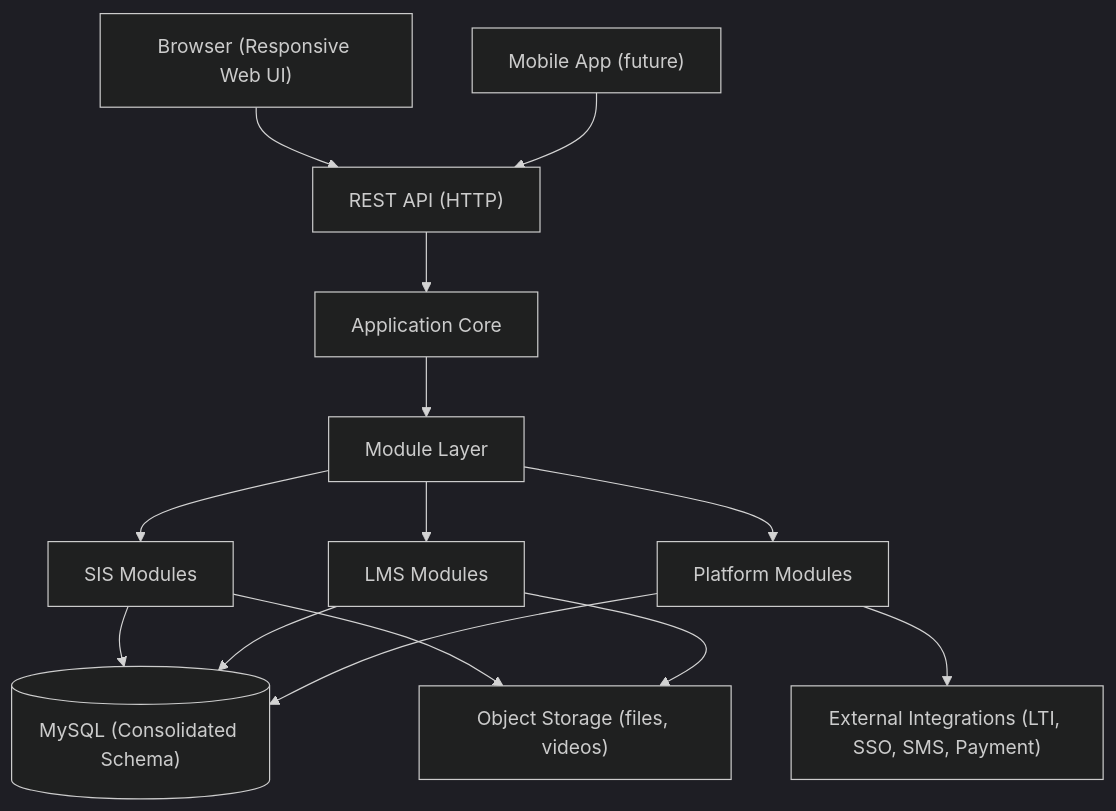
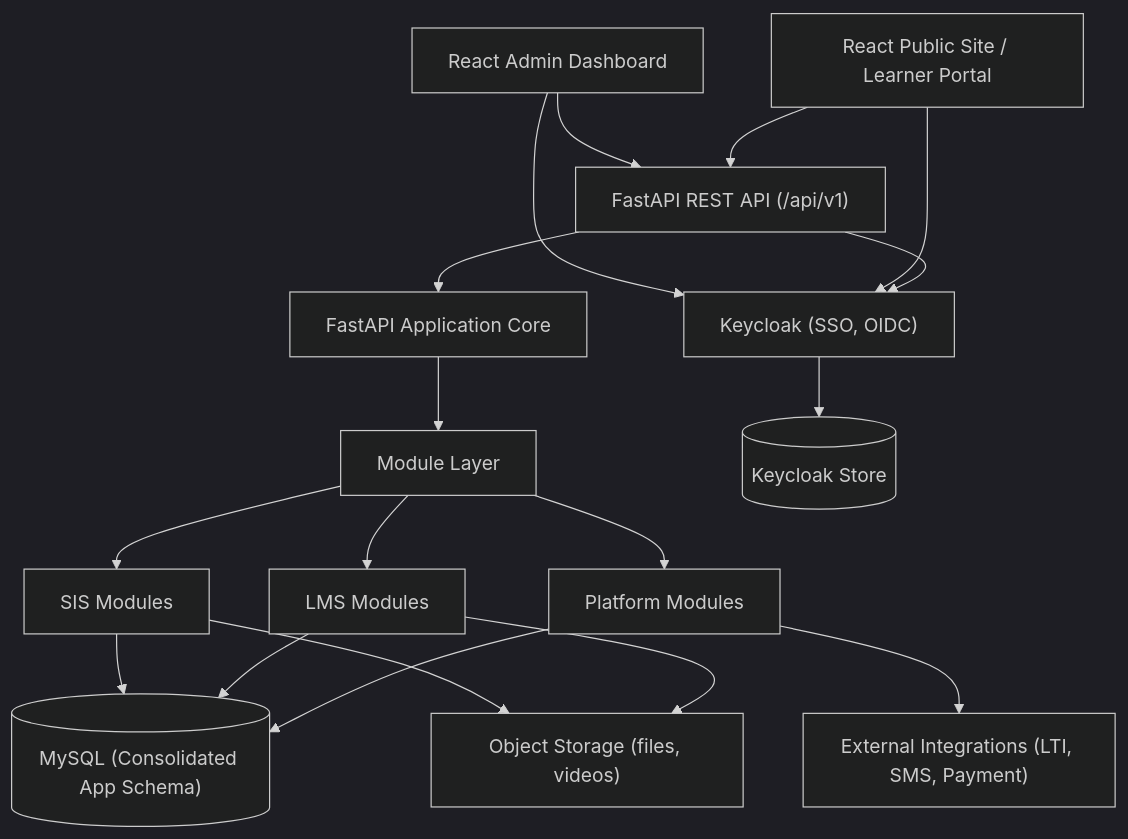
One commit to aatef/lmsplus changed the diagram in docs/03-architecture.md. Above: the diagram before and after it, drawn with Mermaid (dark theme). The commit also changed other lines of this file and 6 other files, not shown here.

Commit message:
refactor: migrate plan to FastAPI + React 3-tier stack with Keycloak SSO Co-authored-by: monkeycode-ai <monkeycode-ai@chaitin.com>

````diff
--- a/docs/03-architecture.md
+++ b/docs/03-architecture.md
@@ -12,28 +13,34 @@
 ```mermaid
 graph TD
-    U["Browser (Responsive Web UI)"]
-    M["Mobile App (future)"]
-    API["REST API (HTTP)"]
-    APP["Application Core"]
+    DASH["React Admin Dashboard"]
+    SITE["React Public Site / Learner Portal"]
+    API["FastAPI REST API (/api/v1)"]
+    KC["Keycloak (SSO, OIDC)"]
+    APP["FastAPI Application Core"]
     MOD["Module Layer"]
     SIS["SIS Modules"]
     LMS["LMS Modules"]
     PLAT["Platform Modules"]
-    DB[("MySQL (Consolidated Schema)")]
+    DB[("MySQL (Consolidated App Schema)")]
+    KCDB[("Keycloak Store")]
     FS["Object Storage (files, videos)"]
-    EXT["External Integrations (LTI, SSO, SMS, Payment)"]
+    EXT["External Integrations (LTI, SMS, Payment)"]
 
-    U --> API
-    M --> API
+    DASH --> KC
+    SITE --> KC
+    DASH --> API
+    SITE --> API
+    API --> KC
+    KC --> KCDB
     API --> APP
     APP --> MOD
     MOD --> SIS
     MOD --> LMS
     MOD --> PLAT
     SIS --> DB
     LMS --> DB
     PLAT --> DB
     SIS --> FS
     LMS --> FS
     PLAT --> EXT
 ```
````
